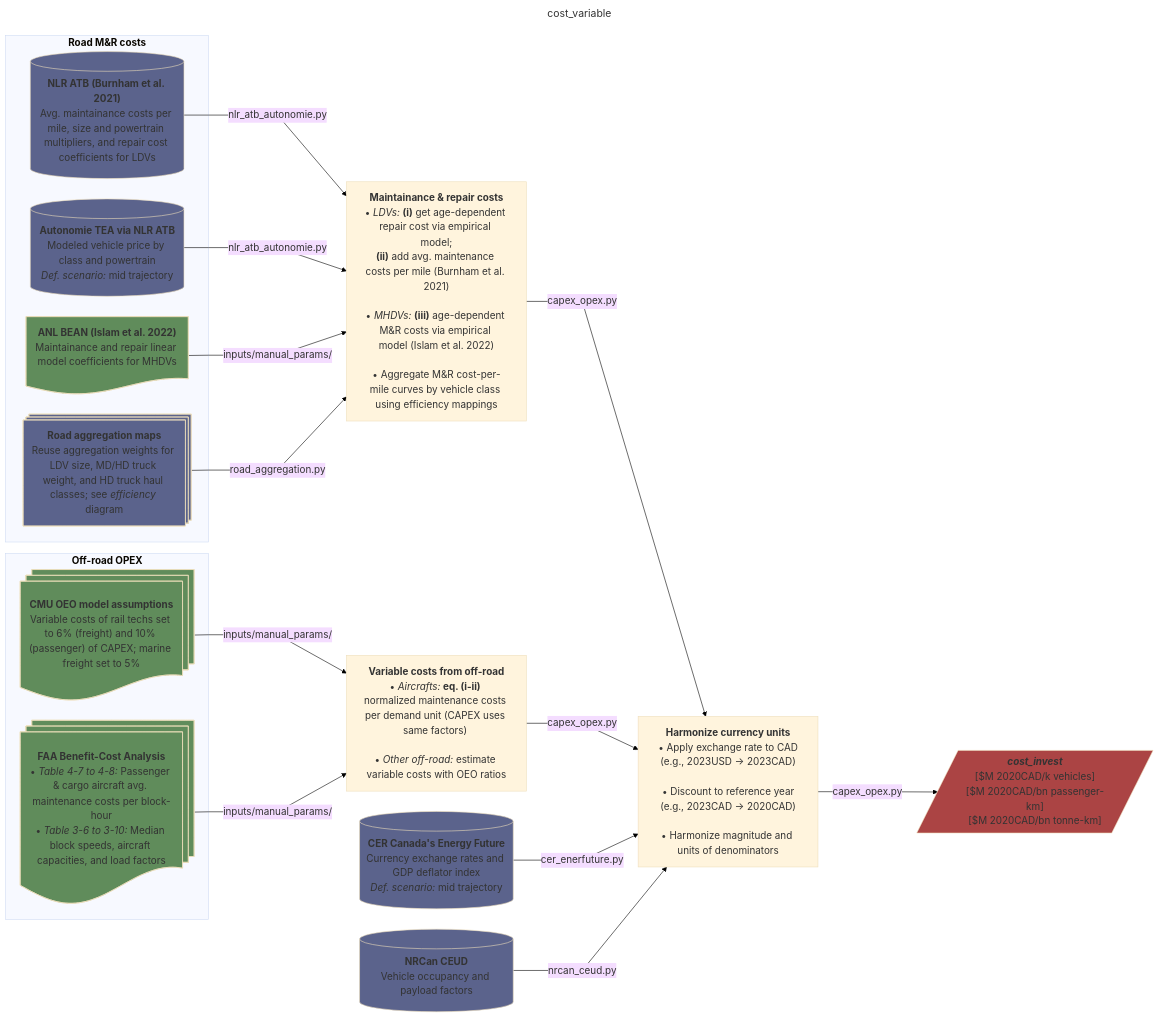
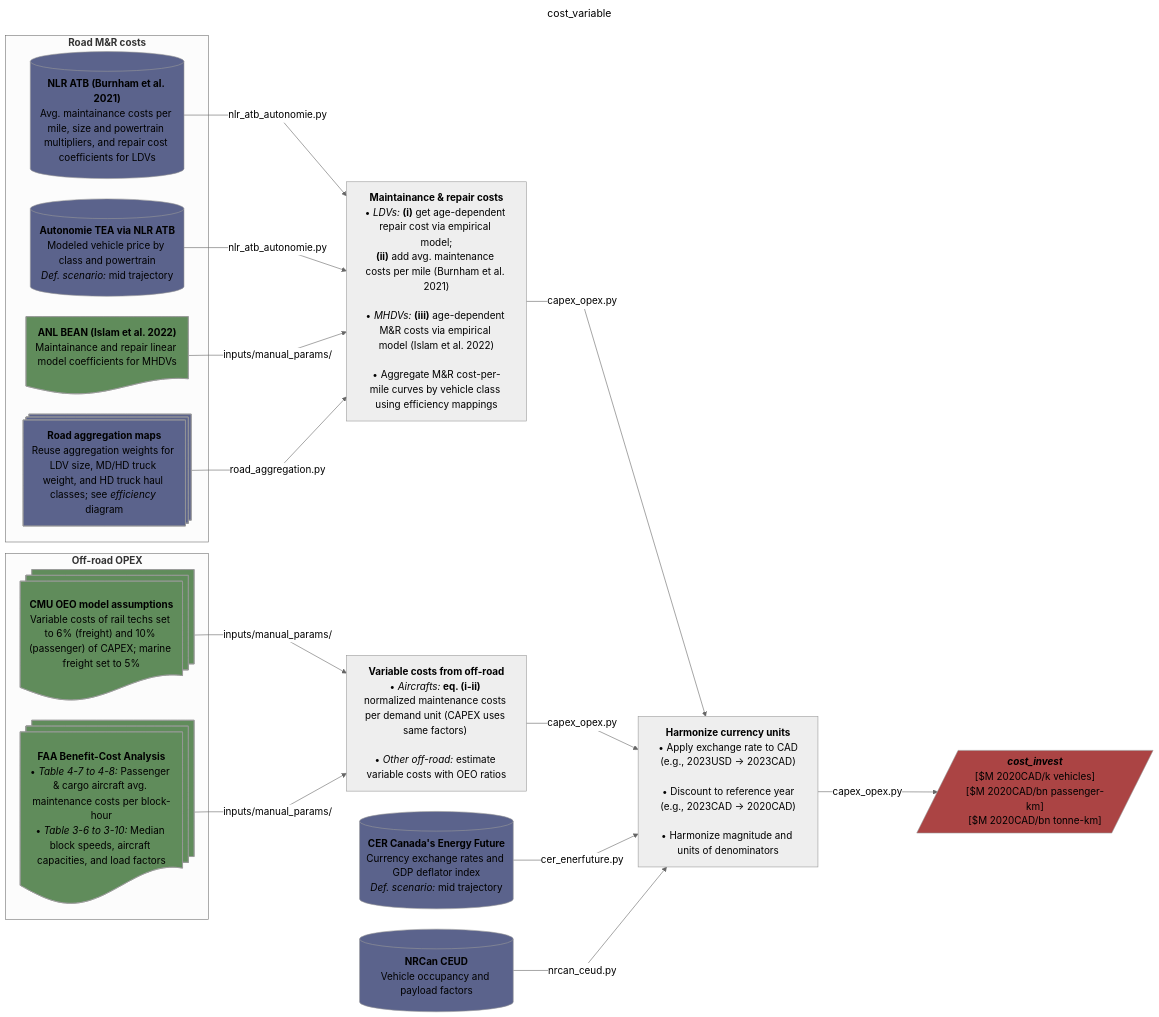
One commit to CANOE-main/canoe-transportation changed the ninth of 9 diagrams in README.md. Above: the diagram before and after it, drawn with Mermaid. The commit also changed other lines of this file and 1 other file, not shown here.

Commit message:
Testing white canvas as background for flowcharts

````diff
--- a/README.md
+++ b/README.md
@@ -659,70 +651,70 @@
 ```mermaid
 ---
 title: cost_variable
 config:
   layout: dagre
-  theme: base
+  theme: neutral
   themeVariables:
-    background: "#ffffff"
     fontSize: 17px
   flowchart:
+    defaultRenderer: elk
     nodeSpacing: 35
     rankSpacing: 50
     wrappingWidth: 250
     curve: linear
 ---
 flowchart LR
   subgraph offroad["`**Off-road OPEX**`"]
 	  %% --- Sources ---
 	  s7@{shape: docs, label: "**CMU OEO model assumptions**<br>Variable costs of rail techs set to 6% (freight) and 10% (passenger) of CAPEX; marine freight set to 5%"}
 	  s8@{shape: docs, label: "**FAA Benefit-Cost Analysis**<br>• *Table 4-7 to 4-8:* Passenger & cargo aircraft avg. maintenance costs per block-hour<br>• *Table 3-6 to 3-10:* Median block speeds, aircraft capacities, and load factors"}
   end
 	  
   %% --- Processes ---
   p3["`**Variable costs from off-road**<br>• *Aircrafts:* **eq. (i-ii)** normalized maintenance costs per demand unit (CAPEX uses same factors) <br><br>• *Other off-road:* estimate variable costs with OEO ratios`"]
   s7 & s8 -- inputs/manual_params/ --> p3
   
   subgraph road["`**Road M&R costs**`"]
 	  %% --- Sources ---
 	  s1@{shape: processes, label: "**Road aggregation maps**<br>Reuse aggregation weights for LDV size, MD/HD truck weight, and HD truck haul classes; see *efficiency* diagram"}
 	  s2[("`**NLR ATB (Burnham et al. 2021)**<br>Avg. maintainance costs per mile, size and powertrain multipliers, and repair cost coefficients for LDVs`")]
 	  s3@{shape: doc, label: "**ANL BEAN (Islam et al. 2022)**<br>Maintainance and repair linear model coefficients for MHDVs"}
 	  s4[("`**Autonomie TEA via NLR ATB**<br>Modeled vehicle price by class and powertrain<br>*Def. scenario:* mid trajectory`")]
   end
 	  
   %% --- Processes ---
   p2["`**Maintainance & repair costs**<br>• *LDVs:* **(i)** get age-dependent repair cost via empirical model;<br>**(ii)** add avg. maintenance costs per mile (Burnham et al. 2021)<br><br>• *MHDVs:* **(iii)** age-dependent M&R costs via empirical model (Islam et al. 2022)<br><br>• Aggregate M&R cost-per-mile curves by vehicle class using efficiency mappings`"]
   s2 -- nlr_atb_autonomie.py --> p2
   s4 -- nlr_atb_autonomie.py --> p2
   s3 -- inputs/manual_params/ --> p2
   s1 -- road_aggregation.py --> p2
   
   s0[("`**CER Canada's Energy Future**<br>Currency exchange rates and GDP deflator index<br>*Def. scenario:* mid trajectory`")]
   s9[("`**NRCan CEUD**<br>Vehicle occupancy and payload factors`")]
   p4["`**Harmonize currency units**<br>• Apply exchange rate to CAD<br>(e.g., 2023USD → 2023CAD)<br><br>• Discount to reference year<br>(e.g., 2023CAD → 2020CAD)<br><br>• Harmonize magnitude and units of denominators`"]
   p2 -- capex_opex.py --> p4
   p3 -- capex_opex.py --> p4
   s0 -- cer_enerfuture.py --> p4
   s9 -- nrcan_ceud.py --> p4
 
   p4 -- capex_opex.py --> o1[/"`***cost_invest***<br>[$M 2020CAD/k vehicles]<br>[$M 2020CAD/bn passenger-km]<br>[$M 2020CAD/bn tonne-km]`"/]
 
   %% --- Styling ---
   classDef database fill:#5b638c
   classDef doc fill:#608c5b
   classDef output fill:#ab4444
 
   class s0,s1,s2,s4,s9 database;
   class s7,s8,s3 doc;
   class o1 output;
 
   %% --- Hyperlinks ---
   click s9 "https://oee.nrcan.gc.ca/corporate/statistics/neud/dpa/menus/trends/comprehensive_tables/list.cfm"
   click s8 "https://www.faa.gov/regulations_policies/policy_guidance/benefit_cost"
   click s7 "https://github.com/TemoaProject/oeo/blob/master/database_documentation/TransportationSector.ipynb"
   click s2 "https://atb.nlr.gov/transportation/2024/data"
   click s2_2 "https://anl.app.box.com/s/an4nx0v2xpudxtpsnkhd5peimzu4j1hk/folder/242640145714"
   click s0 "https://open.canada.ca/data/en/dataset/07c42deb-9435-43b9-a416-7ce316f3893d"
   click s3 "https://vms.taps.anl.gov/research-highlights/vehicle-technologies/u-s-doe-vto-hfto-r-d-benefits/"
   click s4 "https://vms.taps.anl.gov/research-highlights/vehicle-technologies/u-s-doe-vto-hfto-r-d-benefits/"
 ```
````
